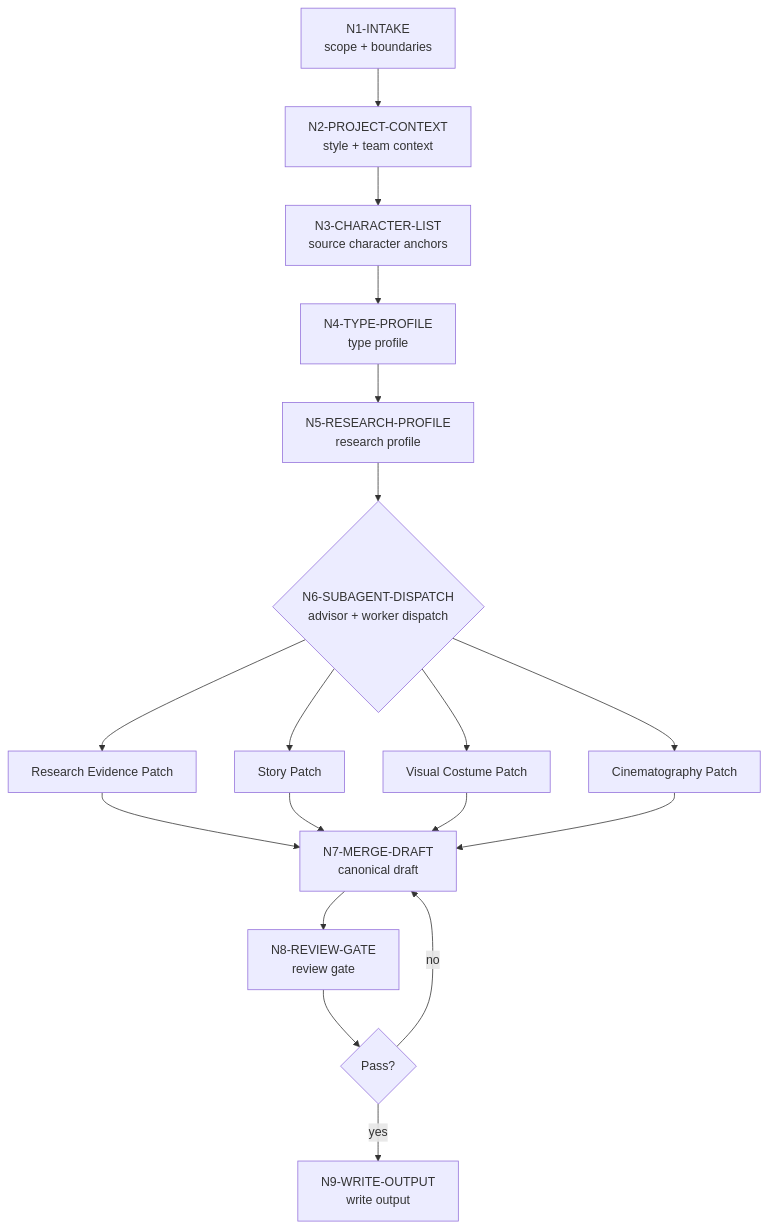
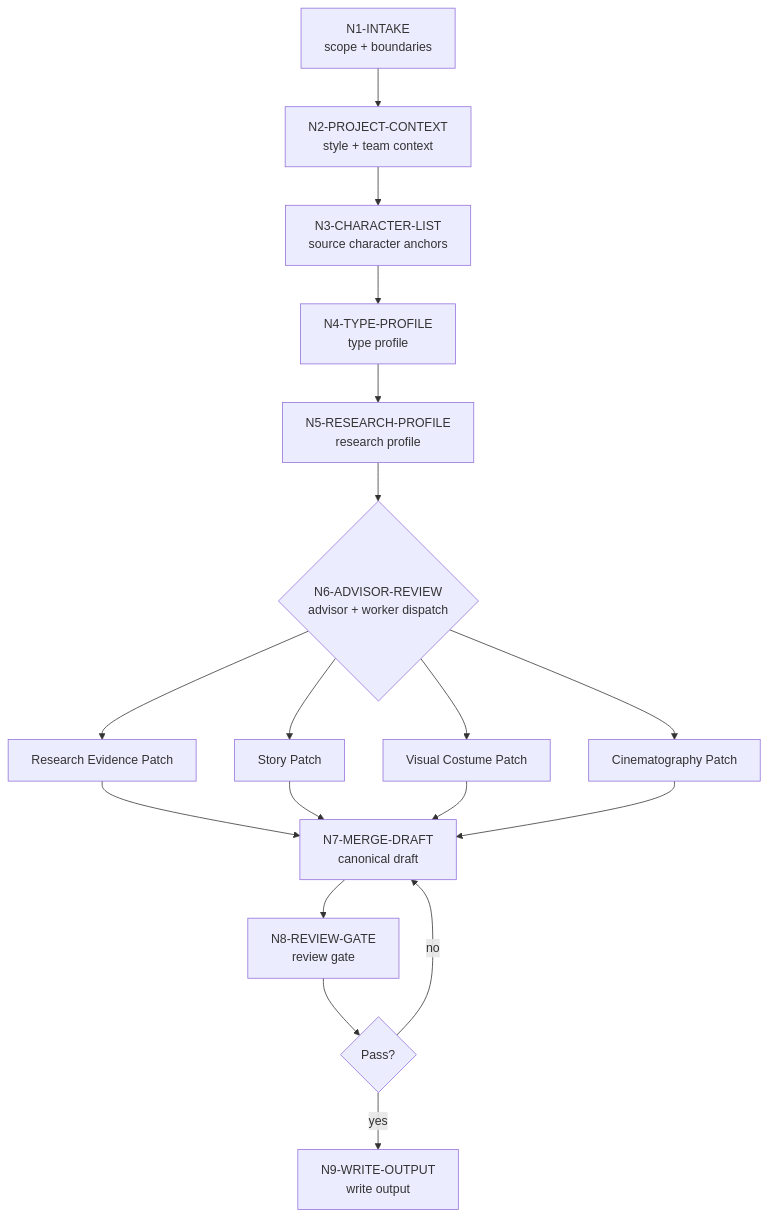
The diagram in .agents/skills/aigc/7-设计/角色/2-设计/steps/character-design-workflow.md (ZEN-VOID/AI-CUT), drawn with Mermaid before and after one commit. The commit also changed other lines of this file and 137 other files, not shown here.

````diff
--- a/.agents/skills/aigc/7-设计/角色/2-设计/steps/character-design-workflow.md
+++ b/.agents/skills/aigc/7-设计/角色/2-设计/steps/character-design-workflow.md
@@ -9,20 +9,20 @@
 ```mermaid
 flowchart TD
     A["N1-INTAKE<br/>scope + boundaries"] --> B["N2-PROJECT-CONTEXT<br/>style + team context"]
     B --> C["N3-CHARACTER-LIST<br/>source character anchors"]
     C --> D["N4-TYPE-PROFILE<br/>type profile"]
     D --> R["N5-RESEARCH-PROFILE<br/>research profile"]
-    R --> E{"N6-SUBAGENT-DISPATCH<br/>advisor + worker dispatch"}
+    R --> E{"N6-ADVISOR-REVIEW<br/>advisor + worker dispatch"}
     E --> F["Research Evidence Patch"]
     E --> G["Story Patch"]
     E --> H["Visual Costume Patch"]
     E --> I["Cinematography Patch"]
     F --> J["N7-MERGE-DRAFT<br/>canonical draft"]
     G --> J
     H --> J
     I --> J
     J --> K["N8-REVIEW-GATE<br/>review gate"]
     K --> L{"Pass?"}
     L -->|"yes"| M["N9-WRITE-OUTPUT<br/>write output"]
     L -->|"no"| J
 ```
````
